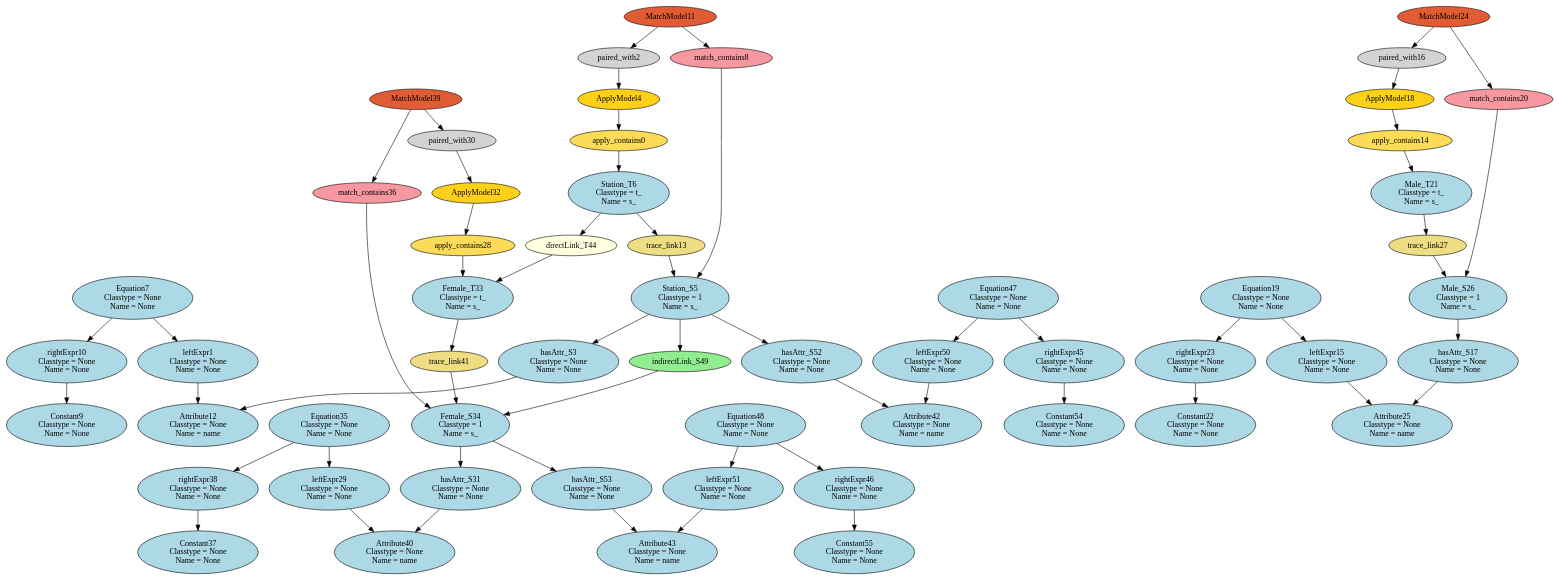
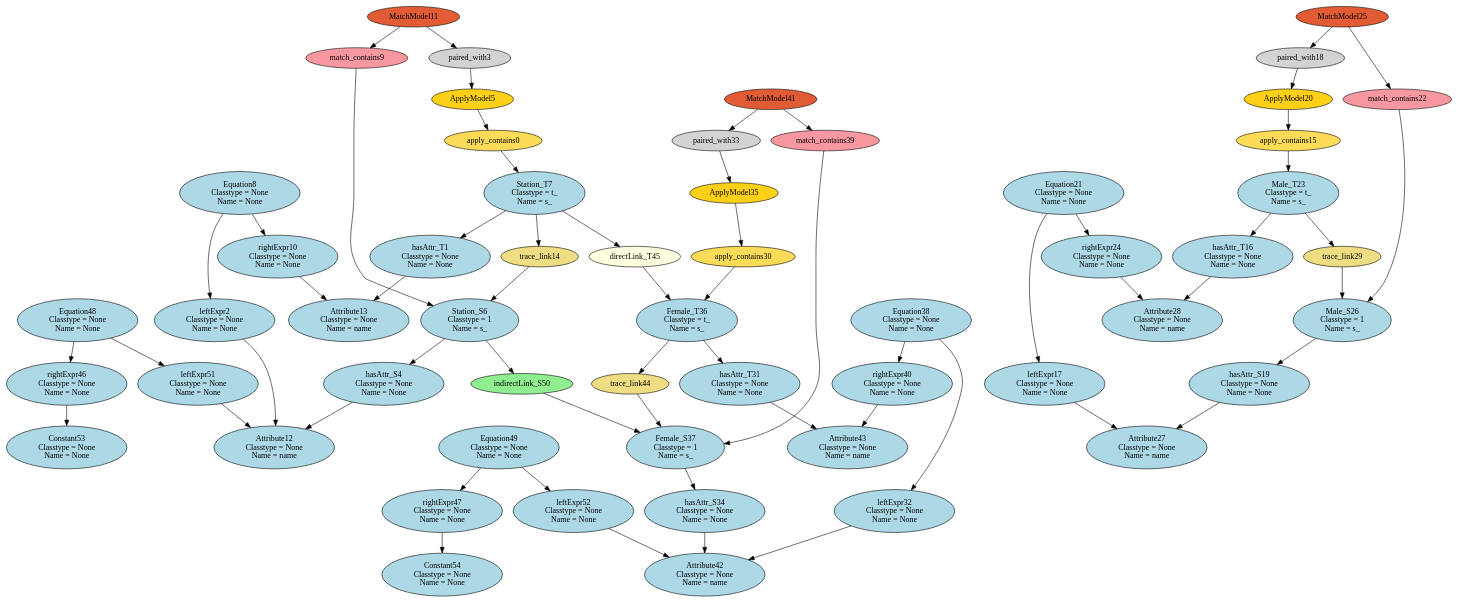
The diagram in dot/HEmptyPathCondition_HS2S_HM2M_HF2F_HSF2SF.dot (levilucio/SyVOLT), drawn with Graphviz before and after one commit. The commit also changed 141 other files, not shown here.

```diff
--- a/dot/HEmptyPathCondition_HS2S_HM2M_HF2F_HSF2SF.dot
+++ b/dot/HEmptyPathCondition_HS2S_HM2M_HF2F_HSF2SF.dot
@@ -1,116 +1,117 @@
 digraph HEmptyPathCondition_HS2S_HM2M_HF2F_HSF2SF {
 apply_contains0 [style=filled, fillcolor="#FCDB58"];
-"leftExpr1\n Classtype = None\n Name = None" [style=filled, fillcolor=lightblue];
-paired_with2 [style=filled, fillcolor=lightgray];
-"hasAttr_S3\n Classtype = None\n Name = None" [style=filled, fillcolor=lightblue];
-ApplyModel4 [style=filled, fillcolor="#FED017"];
-"Station_S5\n Classtype = 1\n Name = s_" [style=filled, fillcolor=lightblue];
-"Station_T6\n Classtype = t_\n Name = s_" [style=filled, fillcolor=lightblue];
-"Equation7\n Classtype = None\n Name = None" [style=filled, fillcolor=lightblue];
-match_contains8 [style=filled, fillcolor="#F798A1"];
-"Constant9\n Classtype = None\n Name = None" [style=filled, fillcolor=lightblue];
+"hasAttr_T1\n Classtype = None\n Name = None" [style=filled, fillcolor=lightblue];
+"leftExpr2\n Classtype = None\n Name = None" [style=filled, fillcolor=lightblue];
+paired_with3 [style=filled, fillcolor=lightgray];
+"hasAttr_S4\n Classtype = None\n Name = None" [style=filled, fillcolor=lightblue];
+ApplyModel5 [style=filled, fillcolor="#FED017"];
+"Station_S6\n Classtype = 1\n Name = s_" [style=filled, fillcolor=lightblue];
+"Station_T7\n Classtype = t_\n Name = s_" [style=filled, fillcolor=lightblue];
+"Equation8\n Classtype = None\n Name = None" [style=filled, fillcolor=lightblue];
+match_contains9 [style=filled, fillcolor="#F798A1"];
 "rightExpr10\n Classtype = None\n Name = None" [style=filled, fillcolor=lightblue];
 MatchModel11 [style=filled, fillcolor="#E15C34"];
 "Attribute12\n Classtype = None\n Name = name" [style=filled, fillcolor=lightblue];
-trace_link13 [style=filled, fillcolor=lightgoldenrod];
-apply_contains14 [style=filled, fillcolor="#FCDB58"];
-"leftExpr15\n Classtype = None\n Name = None" [style=filled, fillcolor=lightblue];
-paired_with16 [style=filled, fillcolor=lightgray];
-"hasAttr_S17\n Classtype = None\n Name = None" [style=filled, fillcolor=lightblue];
-ApplyModel18 [style=filled, fillcolor="#FED017"];
-"Equation19\n Classtype = None\n Name = None" [style=filled, fillcolor=lightblue];
-match_contains20 [style=filled, fillcolor="#F798A1"];
-"Male_T21\n Classtype = t_\n Name = s_" [style=filled, fillcolor=lightblue];
-"Constant22\n Classtype = None\n Name = None" [style=filled, fillcolor=lightblue];
-"rightExpr23\n Classtype = None\n Name = None" [style=filled, fillcolor=lightblue];
-MatchModel24 [style=filled, fillcolor="#E15C34"];
-"Attribute25\n Classtype = None\n Name = name" [style=filled, fillcolor=lightblue];
+"Attribute13\n Classtype = None\n Name = name" [style=filled, fillcolor=lightblue];
+trace_link14 [style=filled, fillcolor=lightgoldenrod];
+apply_contains15 [style=filled, fillcolor="#FCDB58"];
+"hasAttr_T16\n Classtype = None\n Name = None" [style=filled, fillcolor=lightblue];
+"leftExpr17\n Classtype = None\n Name = None" [style=filled, fillcolor=lightblue];
+paired_with18 [style=filled, fillcolor=lightgray];
+"hasAttr_S19\n Classtype = None\n Name = None" [style=filled, fillcolor=lightblue];
+ApplyModel20 [style=filled, fillcolor="#FED017"];
+"Equation21\n Classtype = None\n Name = None" [style=filled, fillcolor=lightblue];
+match_contains22 [style=filled, fillcolor="#F798A1"];
+"Male_T23\n Classtype = t_\n Name = s_" [style=filled, fillcolor=lightblue];
+"rightExpr24\n Classtype = None\n Name = None" [style=filled, fillcolor=lightblue];
+MatchModel25 [style=filled, fillcolor="#E15C34"];
 "Male_S26\n Classtype = 1\n Name = s_" [style=filled, fillcolor=lightblue];
-trace_link27 [style=filled, fillcolor=lightgoldenrod];
-apply_contains28 [style=filled, fillcolor="#FCDB58"];
-"leftExpr29\n Classtype = None\n Name = None" [style=filled, fillcolor=lightblue];
-paired_with30 [style=filled, fillcolor=lightgray];
-"hasAttr_S31\n Classtype = None\n Name = None" [style=filled, fillcolor=lightblue];
-ApplyModel32 [style=filled, fillcolor="#FED017"];
-"Female_T33\n Classtype = t_\n Name = s_" [style=filled, fillcolor=lightblue];
-"Female_S34\n Classtype = 1\n Name = s_" [style=filled, fillcolor=lightblue];
-"Equation35\n Classtype = None\n Name = None" [style=filled, fillcolor=lightblue];
-match_contains36 [style=filled, fillcolor="#F798A1"];
-"Constant37\n Classtype = None\n Name = None" [style=filled, fillcolor=lightblue];
-"rightExpr38\n Classtype = None\n Name = None" [style=filled, fillcolor=lightblue];
-MatchModel39 [style=filled, fillcolor="#E15C34"];
-"Attribute40\n Classtype = None\n Name = name" [style=filled, fillcolor=lightblue];
-trace_link41 [style=filled, fillcolor=lightgoldenrod];
+"Attribute27\n Classtype = None\n Name = name" [style=filled, fillcolor=lightblue];
+"Attribute28\n Classtype = None\n Name = name" [style=filled, fillcolor=lightblue];
+trace_link29 [style=filled, fillcolor=lightgoldenrod];
+apply_contains30 [style=filled, fillcolor="#FCDB58"];
+"hasAttr_T31\n Classtype = None\n Name = None" [style=filled, fillcolor=lightblue];
+"leftExpr32\n Classtype = None\n Name = None" [style=filled, fillcolor=lightblue];
+paired_with33 [style=filled, fillcolor=lightgray];
+"hasAttr_S34\n Classtype = None\n Name = None" [style=filled, fillcolor=lightblue];
+ApplyModel35 [style=filled, fillcolor="#FED017"];
+"Female_T36\n Classtype = t_\n Name = s_" [style=filled, fillcolor=lightblue];
+"Female_S37\n Classtype = 1\n Name = s_" [style=filled, fillcolor=lightblue];
+"Equation38\n Classtype = None\n Name = None" [style=filled, fillcolor=lightblue];
+match_contains39 [style=filled, fillcolor="#F798A1"];
+"rightExpr40\n Classtype = None\n Name = None" [style=filled, fillcolor=lightblue];
+MatchModel41 [style=filled, fillcolor="#E15C34"];
 "Attribute42\n Classtype = None\n Name = name" [style=filled, fillcolor=lightblue];
 "Attribute43\n Classtype = None\n Name = name" [style=filled, fillcolor=lightblue];
-"directLink_T44\n" [style=filled, fillcolor=lightyellow];
-"rightExpr45\n Classtype = None\n Name = None" [style=filled, fillcolor=lightblue];
+trace_link44 [style=filled, fillcolor=lightgoldenrod];
+"directLink_T45\n" [style=filled, fillcolor=lightyellow];
 "rightExpr46\n Classtype = None\n Name = None" [style=filled, fillcolor=lightblue];
-"Equation47\n Classtype = None\n Name = None" [style=filled, fillcolor=lightblue];
+"rightExpr47\n Classtype = None\n Name = None" [style=filled, fillcolor=lightblue];
 "Equation48\n Classtype = None\n Name = None" [style=filled, fillcolor=lightblue];
-indirectLink_S49 [style=filled, fillcolor=lightgreen];
-"leftExpr50\n Classtype = None\n Name = None" [style=filled, fillcolor=lightblue];
+"Equation49\n Classtype = None\n Name = None" [style=filled, fillcolor=lightblue];
+indirectLink_S50 [style=filled, fillcolor=lightgreen];
 "leftExpr51\n Classtype = None\n Name = None" [style=filled, fillcolor=lightblue];
-"hasAttr_S52\n Classtype = None\n Name = None" [style=filled, fillcolor=lightblue];
-"hasAttr_S53\n Classtype = None\n Name = None" [style=filled, fillcolor=lightblue];
+"leftExpr52\n Classtype = None\n Name = None" [style=filled, fillcolor=lightblue];
+"Constant53\n Classtype = None\n Name = None" [style=filled, fillcolor=lightblue];
 "Constant54\n Classtype = None\n Name = None" [style=filled, fillcolor=lightblue];
-"Constant55\n Classtype = None\n Name = None" [style=filled, fillcolor=lightblue];
-ApplyModel4 -> apply_contains0;
-apply_contains0 -> "Station_T6\n Classtype = t_\n Name = s_";
-"Equation7\n Classtype = None\n Name = None" -> "leftExpr1\n Classtype = None\n Name = None";
-"leftExpr1\n Classtype = None\n Name = None" -> "Attribute12\n Classtype = None\n Name = name";
-MatchModel11 -> paired_with2;
-paired_with2 -> ApplyModel4;
-"Station_S5\n Classtype = 1\n Name = s_" -> "hasAttr_S3\n Classtype = None\n Name = None";
-"hasAttr_S3\n Classtype = None\n Name = None" -> "Attribute12\n Classtype = None\n Name = name";
-match_contains8 -> "Station_S5\n Classtype = 1\n Name = s_";
-"Equation7\n Classtype = None\n Name = None" -> "rightExpr10\n Classtype = None\n Name = None";
-MatchModel11 -> match_contains8;
-"rightExpr10\n Classtype = None\n Name = None" -> "Constant9\n Classtype = None\n Name = None";
-trace_link13 -> "Station_S5\n Classtype = 1\n Name = s_";
-"Station_T6\n Classtype = t_\n Name = s_" -> trace_link13;
-ApplyModel18 -> apply_contains14;
-apply_contains14 -> "Male_T21\n Classtype = t_\n Name = s_";
-"Equation19\n Classtype = None\n Name = None" -> "leftExpr15\n Classtype = None\n Name = None";
-"leftExpr15\n Classtype = None\n Name = None" -> "Attribute25\n Classtype = None\n Name = name";
-MatchModel24 -> paired_with16;
-paired_with16 -> ApplyModel18;
-"Male_S26\n Classtype = 1\n Name = s_" -> "hasAttr_S17\n Classtype = None\n Name = None";
-"hasAttr_S17\n Classtype = None\n Name = None" -> "Attribute25\n Classtype = None\n Name = name";
-"Equation19\n Classtype = None\n Name = None" -> "rightExpr23\n Classtype = None\n Name = None";
-MatchModel24 -> match_contains20;
-match_contains20 -> "Male_S26\n Classtype = 1\n Name = s_";
-"rightExpr23\n Classtype = None\n Name = None" -> "Constant22\n Classtype = None\n Name = None";
-trace_link27 -> "Male_S26\n Classtype = 1\n Name = s_";
-"Male_T21\n Classtype = t_\n Name = s_" -> trace_link27;
-ApplyModel32 -> apply_contains28;
-apply_contains28 -> "Female_T33\n Classtype = t_\n Name = s_";
-"Equation35\n Classtype = None\n Name = None" -> "leftExpr29\n Classtype = None\n Name = None";
-"leftExpr29\n Classtype = None\n Name = None" -> "Attribute40\n Classtype = None\n Name = name";
-MatchModel39 -> paired_with30;
-paired_with30 -> ApplyModel32;
-"Female_S34\n Classtype = 1\n Name = s_" -> "hasAttr_S31\n Classtype = None\n Name = None";
-"hasAttr_S31\n Classtype = None\n Name = None" -> "Attribute40\n Classtype = None\n Name = name";
-match_contains36 -> "Female_S34\n Classtype = 1\n Name = s_";
-"Equation35\n Classtype = None\n Name = None" -> "rightExpr38\n Classtype = None\n Name = None";
-MatchModel39 -> match_contains36;
-"rightExpr38\n Classtype = None\n Name = None" -> "Constant37\n Classtype = None\n Name = None";
-trace_link41 -> "Female_S34\n Classtype = 1\n Name = s_";
-"Female_T33\n Classtype = t_\n Name = s_" -> trace_link41;
-"Station_S5\n Classtype = 1\n Name = s_" -> indirectLink_S49;
-indirectLink_S49 -> "Female_S34\n Classtype = 1\n Name = s_";
-"hasAttr_S52\n Classtype = None\n Name = None" -> "Attribute42\n Classtype = None\n Name = name";
-"leftExpr50\n Classtype = None\n Name = None" -> "Attribute42\n Classtype = None\n Name = name";
-"Equation47\n Classtype = None\n Name = None" -> "rightExpr45\n Classtype = None\n Name = None";
-"Equation47\n Classtype = None\n Name = None" -> "leftExpr50\n Classtype = None\n Name = None";
-"rightExpr45\n Classtype = None\n Name = None" -> "Constant54\n Classtype = None\n Name = None";
-"Station_S5\n Classtype = 1\n Name = s_" -> "hasAttr_S52\n Classtype = None\n Name = None";
-"leftExpr51\n Classtype = None\n Name = None" -> "Attribute43\n Classtype = None\n Name = name";
-"hasAttr_S53\n Classtype = None\n Name = None" -> "Attribute43\n Classtype = None\n Name = name";
+ApplyModel5 -> apply_contains0;
+apply_contains0 -> "Station_T7\n Classtype = t_\n Name = s_";
+"Station_T7\n Classtype = t_\n Name = s_" -> "hasAttr_T1\n Classtype = None\n Name = None";
+"hasAttr_T1\n Classtype = None\n Name = None" -> "Attribute13\n Classtype = None\n Name = name";
+"Equation8\n Classtype = None\n Name = None" -> "leftExpr2\n Classtype = None\n Name = None";
+"leftExpr2\n Classtype = None\n Name = None" -> "Attribute12\n Classtype = None\n Name = name";
+MatchModel11 -> paired_with3;
+paired_with3 -> ApplyModel5;
+"Station_S6\n Classtype = 1\n Name = s_" -> "hasAttr_S4\n Classtype = None\n Name = None";
+"hasAttr_S4\n Classtype = None\n Name = None" -> "Attribute12\n Classtype = None\n Name = name";
+match_contains9 -> "Station_S6\n Classtype = 1\n Name = s_";
+"Equation8\n Classtype = None\n Name = None" -> "rightExpr10\n Classtype = None\n Name = None";
+MatchModel11 -> match_contains9;
+"rightExpr10\n Classtype = None\n Name = None" -> "Attribute13\n Classtype = None\n Name = name";
+trace_link14 -> "Station_S6\n Classtype = 1\n Name = s_";
+"Station_T7\n Classtype = t_\n Name = s_" -> trace_link14;
+ApplyModel20 -> apply_contains15;
+apply_contains15 -> "Male_T23\n Classtype = t_\n Name = s_";
+"Male_T23\n Classtype = t_\n Name = s_" -> "hasAttr_T16\n Classtype = None\n Name = None";
+"hasAttr_T16\n Classtype = None\n Name = None" -> "Attribute28\n Classtype = None\n Name = name";
+"Equation21\n Classtype = None\n Name = None" -> "leftExpr17\n Classtype = None\n Name = None";
+"leftExpr17\n Classtype = None\n Name = None" -> "Attribute27\n Classtype = None\n Name = name";
+MatchModel25 -> paired_with18;
+paired_with18 -> ApplyModel20;
+"Male_S26\n Classtype = 1\n Name = s_" -> "hasAttr_S19\n Classtype = None\n Name = None";
+"hasAttr_S19\n Classtype = None\n Name = None" -> "Attribute27\n Classtype = None\n Name = name";
+"Equation21\n Classtype = None\n Name = None" -> "rightExpr24\n Classtype = None\n Name = None";
+MatchModel25 -> match_contains22;
+match_contains22 -> "Male_S26\n Classtype = 1\n Name = s_";
+"rightExpr24\n Classtype = None\n Name = None" -> "Attribute28\n Classtype = None\n Name = name";
+trace_link29 -> "Male_S26\n Classtype = 1\n Name = s_";
+"Male_T23\n Classtype = t_\n Name = s_" -> trace_link29;
+ApplyModel35 -> apply_contains30;
+apply_contains30 -> "Female_T36\n Classtype = t_\n Name = s_";
+"Female_T36\n Classtype = t_\n Name = s_" -> "hasAttr_T31\n Classtype = None\n Name = None";
+"hasAttr_T31\n Classtype = None\n Name = None" -> "Attribute43\n Classtype = None\n Name = name";
+"Equation38\n Classtype = None\n Name = None" -> "leftExpr32\n Classtype = None\n Name = None";
+"leftExpr32\n Classtype = None\n Name = None" -> "Attribute42\n Classtype = None\n Name = name";
+MatchModel41 -> paired_with33;
+paired_with33 -> ApplyModel35;
+"Female_S37\n Classtype = 1\n Name = s_" -> "hasAttr_S34\n Classtype = None\n Name = None";
+"hasAttr_S34\n Classtype = None\n Name = None" -> "Attribute42\n Classtype = None\n Name = name";
+match_contains39 -> "Female_S37\n Classtype = 1\n Name = s_";
+"Equation38\n Classtype = None\n Name = None" -> "rightExpr40\n Classtype = None\n Name = None";
+MatchModel41 -> match_contains39;
+"rightExpr40\n Classtype = None\n Name = None" -> "Attribute43\n Classtype = None\n Name = name";
+trace_link44 -> "Female_S37\n Classtype = 1\n Name = s_";
+"Female_T36\n Classtype = t_\n Name = s_" -> trace_link44;
+"Station_S6\n Classtype = 1\n Name = s_" -> indirectLink_S50;
+indirectLink_S50 -> "Female_S37\n Classtype = 1\n Name = s_";
 "Equation48\n Classtype = None\n Name = None" -> "rightExpr46\n Classtype = None\n Name = None";
 "Equation48\n Classtype = None\n Name = None" -> "leftExpr51\n Classtype = None\n Name = None";
-"rightExpr46\n Classtype = None\n Name = None" -> "Constant55\n Classtype = None\n Name = None";
-"Station_T6\n Classtype = t_\n Name = s_" -> "directLink_T44\n";
-"directLink_T44\n" -> "Female_T33\n Classtype = t_\n Name = s_";
-"Female_S34\n Classtype = 1\n Name = s_" -> "hasAttr_S53\n Classtype = None\n Name = None";
+"rightExpr46\n Classtype = None\n Name = None" -> "Constant53\n Classtype = None\n Name = None";
+"Equation49\n Classtype = None\n Name = None" -> "rightExpr47\n Classtype = None\n Name = None";
+"Equation49\n Classtype = None\n Name = None" -> "leftExpr52\n Classtype = None\n Name = None";
+"rightExpr47\n Classtype = None\n Name = None" -> "Constant54\n Classtype = None\n Name = None";
+"leftExpr51\n Classtype = None\n Name = None" -> "Attribute12\n Classtype = None\n Name = name";
+"leftExpr52\n Classtype = None\n Name = None" -> "Attribute42\n Classtype = None\n Name = name";
+"Station_T7\n Classtype = t_\n Name = s_" -> "directLink_T45\n";
+"directLink_T45\n" -> "Female_T36\n Classtype = t_\n Name = s_";
 }
```
